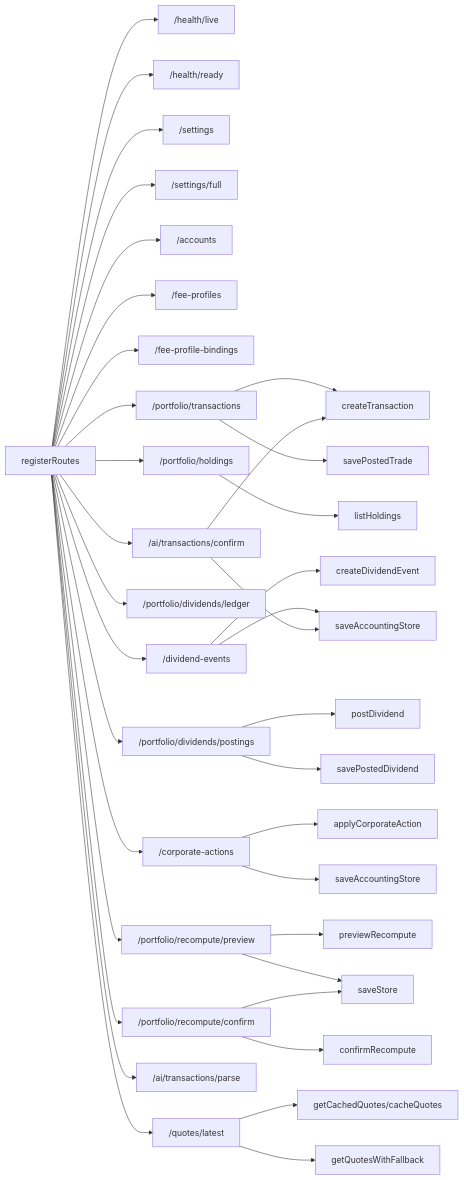
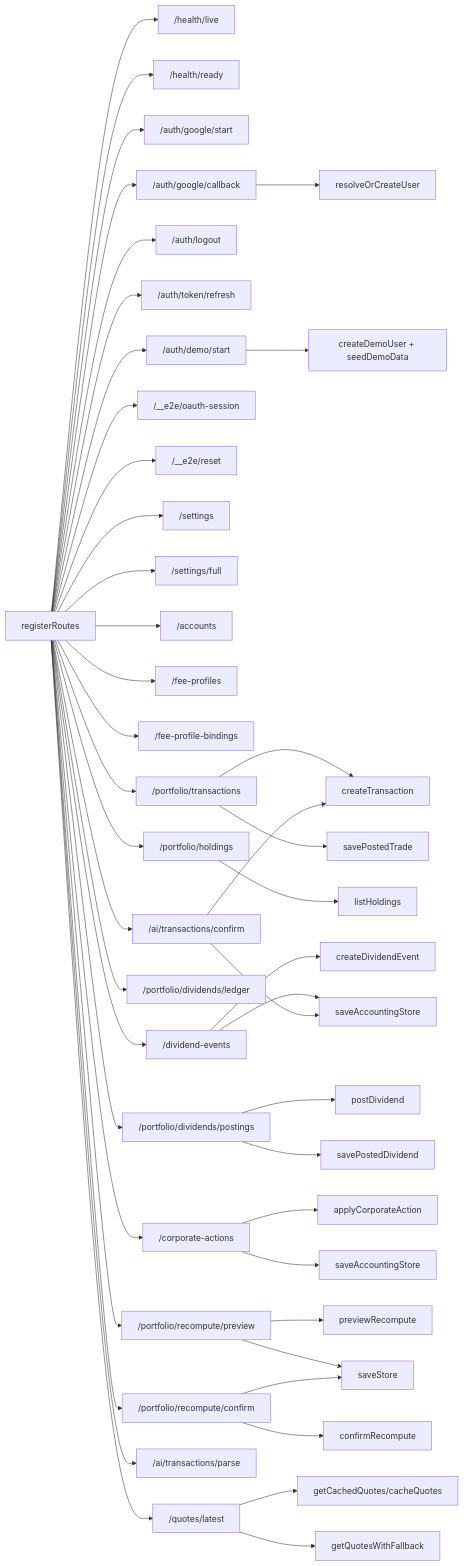
The third of 5 diagrams in docs/001-architecture/backend-db-api.md (kzokv/tw-portfolio), drawn with Mermaid before and after one commit. The commit also changed other lines of this file and 8 other files, not shown here.

````diff
--- a/docs/001-architecture/backend-db-api.md
+++ b/docs/001-architecture/backend-db-api.md
@@ -884,39 +912,49 @@
 ```mermaid
 flowchart LR
   R["registerRoutes"] --> H1["/health/live"]
   R --> H2["/health/ready"]
+  R --> AUTH1["/auth/google/start"]
+  R --> AUTH2["/auth/google/callback"]
+  R --> AUTH3["/auth/logout"]
+  R --> AUTH4["/auth/token/refresh"]
+  R --> AUTH5["/auth/demo/start"]
+  R --> E2E1["/__e2e/oauth-session"]
+  R --> E2E2["/__e2e/reset"]
   R --> S1["/settings"]
   R --> S2["/settings/full"]
   R --> A1["/accounts"]
   R --> F1["/fee-profiles"]
   R --> F2["/fee-profile-bindings"]
   R --> P1["/portfolio/transactions"]
   R --> P2["/portfolio/holdings"]
   R --> D1["/dividend-events"]
   R --> D2["/portfolio/dividends/ledger"]
   R --> D3["/portfolio/dividends/postings"]
   R --> C1["/corporate-actions"]
   R --> R1["/portfolio/recompute/preview"]
   R --> R2["/portfolio/recompute/confirm"]
   R --> Q1["/quotes/latest"]
   R --> AI1["/ai/transactions/parse"]
   R --> AI2["/ai/transactions/confirm"]
+
+  AUTH2 --> SV_AUTH["resolveOrCreateUser"]
+  AUTH5 --> SV_DEMO["createDemoUser + seedDemoData"]
 
   P1 --> SV1["createTransaction"]
   P1 --> PR1["savePostedTrade"]
   P2 --> SV2["listHoldings"]
   D1 --> SV3["createDividendEvent"]
   D1 --> PR2["saveAccountingStore"]
   D3 --> SV4["postDividend"]
   D3 --> PR3["savePostedDividend"]
   C1 --> SV5["applyCorporateAction"]
   C1 --> PR4["saveAccountingStore"]
   R1 --> SV6["previewRecompute"]
   R1 --> PR5["saveStore"]
   R2 --> SV7["confirmRecompute"]
   R2 --> PR5
   Q1 --> PR6["getCachedQuotes/cacheQuotes"]
   Q1 --> EX1["getQuotesWithFallback"]
   AI2 --> SV1
   AI2 --> PR2
 ```
````
